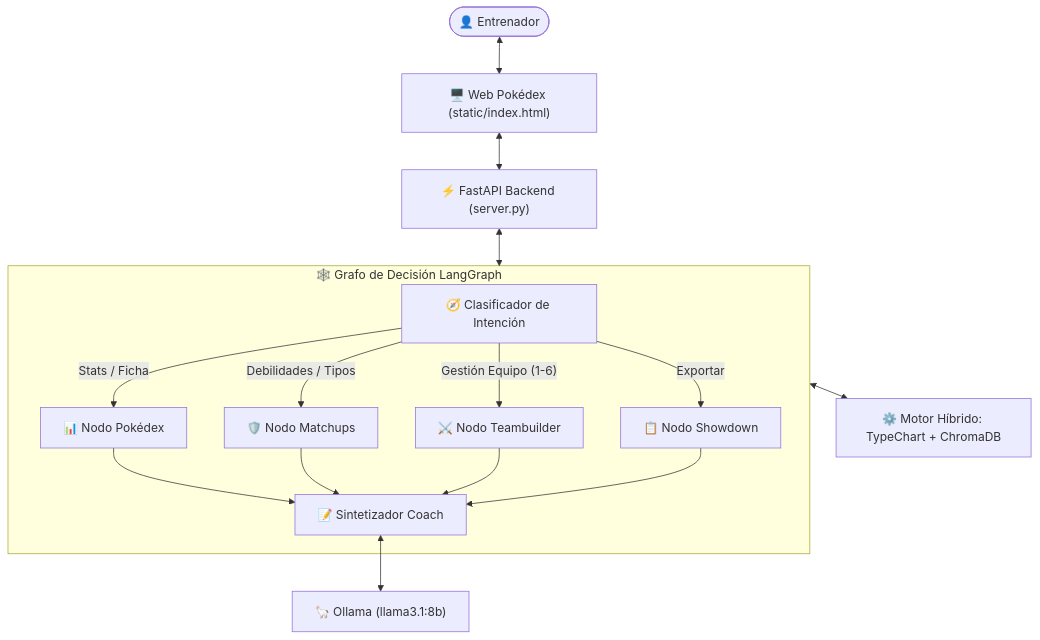
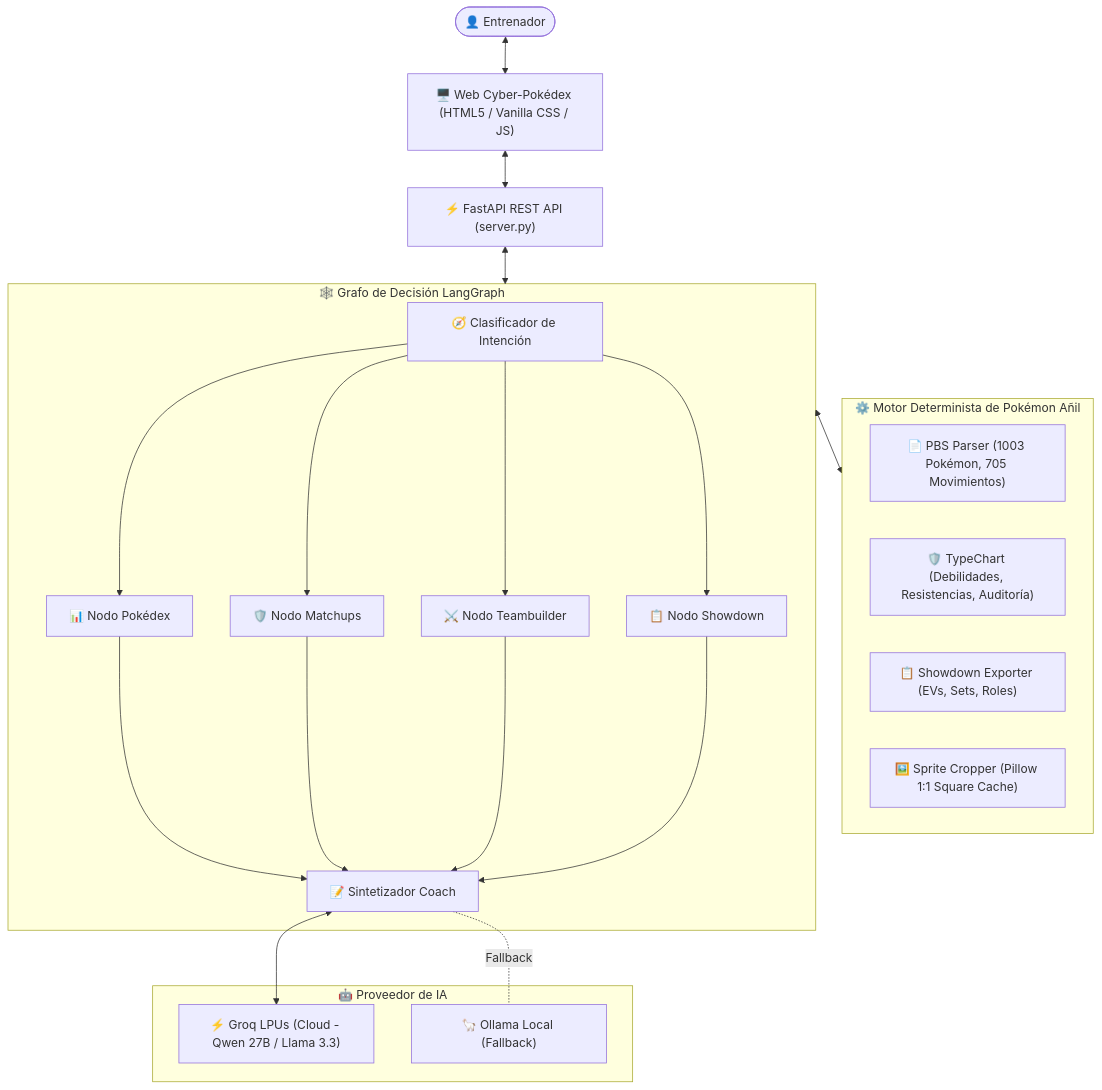
One commit to Mariogarluu/PokeEstratega-AI changed the diagram in README.md. Above: the diagram before and after it, drawn with Mermaid. The commit also changed other lines of this file, not shown here.

Commit message:
2026-11-17/7 - Actualizacion completa del README con enlace a produccion Render, Groq LPUs y Teambuilder interactivo

````diff
--- a/README.md
+++ b/README.md
@@ -29,22 +65,33 @@
 ```mermaid
 flowchart TD
-    User(["👤 Entrenador"]) <--> UI["🖥️ Web Pokédex (static/index.html)"]
-    UI <--> API["⚡ FastAPI Backend (server.py)"]
+    User(["👤 Entrenador"]) <--> UI["🖥️ Web Cyber-Pokédex (HTML5 / Vanilla CSS / JS)"]
+    UI <--> API["⚡ FastAPI REST API (server.py)"]
+    
+    subgraph Engine ["⚙️ Motor Determinista de Pokémon Añil"]
+        PBS["📄 PBS Parser (1003 Pokémon, 705 Movimientos)"]
+        TypeChart["🛡️ TypeChart (Debilidades, Resistencias, Auditoría)"]
+        Showdown["📋 Showdown Exporter (EVs, Sets, Roles)"]
+        Sprites["🖼️ Sprite Cropper (Pillow 1:1 Square Cache)"]
+    end
     
     subgraph LangGraph ["🕸️ Grafo de Decisión LangGraph"]
         Router["🧭 Clasificador de Intención"]
-        Router -->|"Stats / Ficha"| NodePokedex["📊 Nodo Pokédex"]
-        Router -->|"Debilidades / Tipos"| NodeMatchup["🛡️ Nodo Matchups"]
-        Router -->|"Gestión Equipo (1-6)"| NodeTeam["⚔️ Nodo Teambuilder"]
-        Router -->|"Exportar"| NodeShowdown["📋 Nodo Showdown"]
+        NodePokedex["📊 Nodo Pokédex"]
+        NodeMatchup["🛡️ Nodo Matchups"]
+        NodeTeam["⚔️ Nodo Teambuilder"]
+        NodeShowdown["📋 Nodo Showdown"]
         
-        NodePokedex --> Synthesizer["📝 Sintetizador Coach"]
-        NodeMatchup --> Synthesizer
-        NodeTeam --> Synthesizer
-        NodeShowdown --> Synthesizer
+        Router --> NodePokedex & NodeMatchup & NodeTeam & NodeShowdown
+        NodePokedex & NodeMatchup & NodeTeam & NodeShowdown --> Synthesizer["📝 Sintetizador Coach"]
+    end
+    
+    subgraph LLM ["🤖 Proveedor de IA"]
+        Groq["⚡ Groq LPUs (Cloud - Qwen 27B / Llama 3.3)"]
+        Ollama["🦙 Ollama Local (Fallback)"]
     end
     
     API <--> LangGraph
-    LangGraph <--> Motor["⚙️ Motor Híbrido: TypeChart + ChromaDB"]
-    Synthesizer <--> Ollama["🦙 Ollama (llama3.1:8b)"]
+    LangGraph <--> Engine
+    Synthesizer <--> Groq
+    Synthesizer -. Fallback .- Ollama
 ```
````
